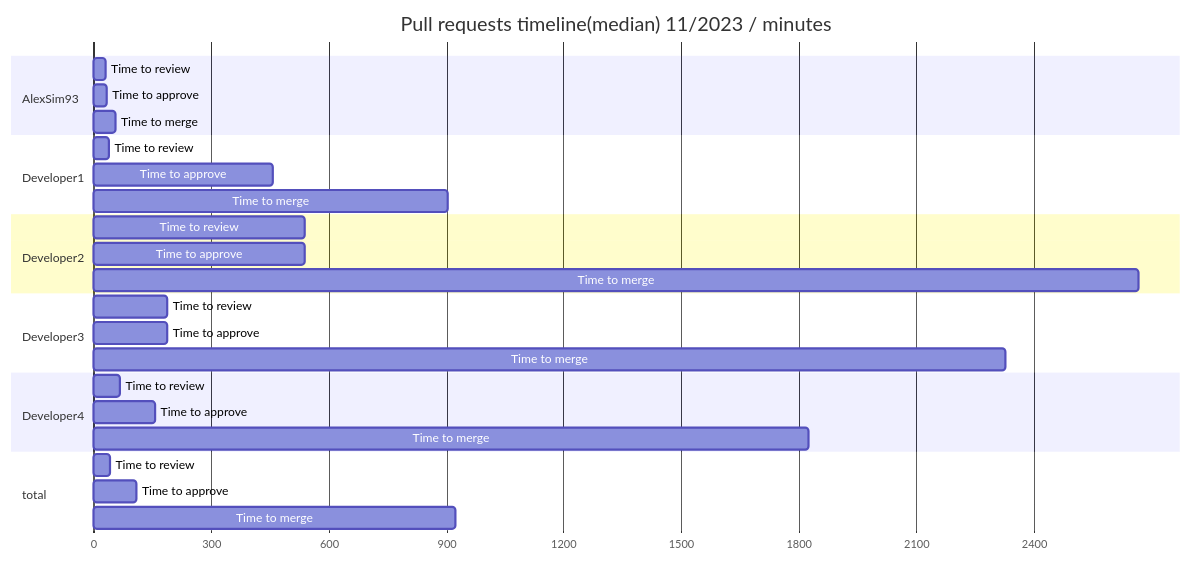
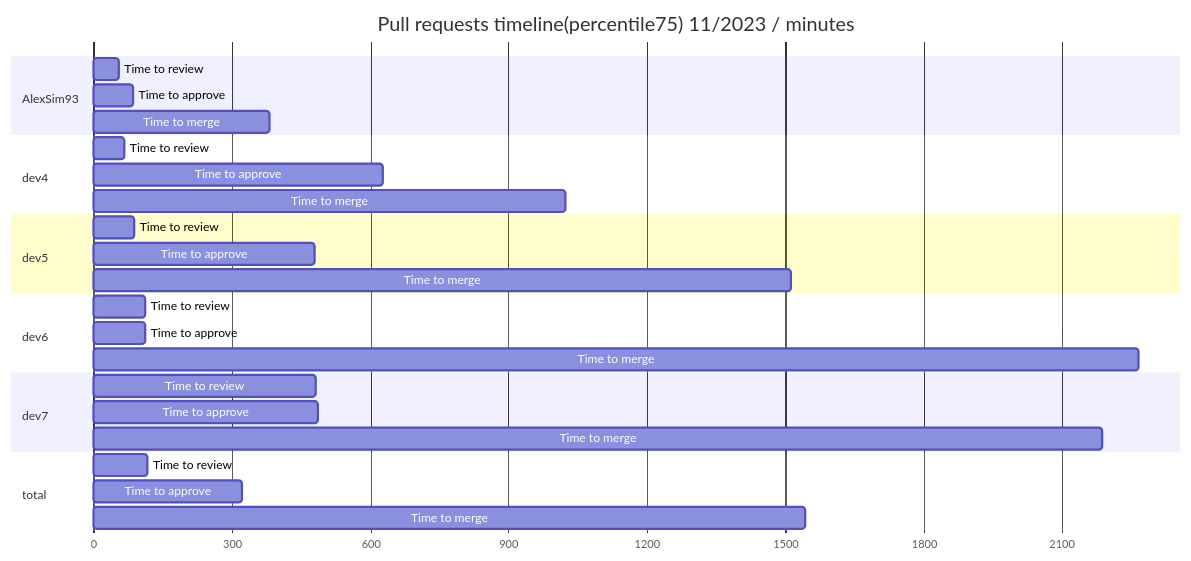
Before and after one commit to AlexSim93/pull-request-analytics-action: the sixth of 20 diagrams in examples/nPRsReport.md, drawn with Mermaid. The commit also changed other lines of this file and 3 other files, not shown here.

````diff
--- a/examples/nPRsReport.md
+++ b/examples/nPRsReport.md
@@ -189,36 +147,36 @@
 ```mermaid
 gantt
-title Pull requests timeline(median) 11/2023 / minutes
+title Pull requests timeline(percentile75) 11/2023 / minutes
 dateFormat X
 axisFormat %s
 section AlexSim93
-                Time to review :  0, 31
-Time to approve :  0, 34
-Time to merge :  0, 55
-        
-section Developer1
-                Time to review :  0, 39
-Time to approve :  0, 459
-Time to merge :  0, 903
-        
-section Developer2
-                Time to review :  0, 539
-Time to approve :  0, 539
-Time to merge :  0, 2667
-        
-section Developer3
-                Time to review :  0, 188
-Time to approve :  0, 188
-Time to merge :  0, 2328
-        
-section Developer4
+                Time to review :  0, 54
+Time to approve :  0, 85
+Time to merge :  0, 382
+
+section dev4
                 Time to review :  0, 67
-Time to approve :  0, 157
-Time to merge :  0, 1826
-        
+Time to approve :  0, 627
+Time to merge :  0, 1023
+
+section dev5
+                Time to review :  0, 89
+Time to approve :  0, 480
+Time to merge :  0, 1513
+
+section dev6
+                Time to review :  0, 112
+Time to approve :  0, 112
+Time to merge :  0, 2266
+
+section dev7
+                Time to review :  0, 482
+Time to approve :  0, 486
+Time to merge :  0, 2187
+
 section total
-                Time to review :  0, 41
-Time to approve :  0, 110
-Time to merge :  0, 925
-        
+                Time to review :  0, 118
+Time to approve :  0, 323
+Time to merge :  0, 1544
+
 ```
````
